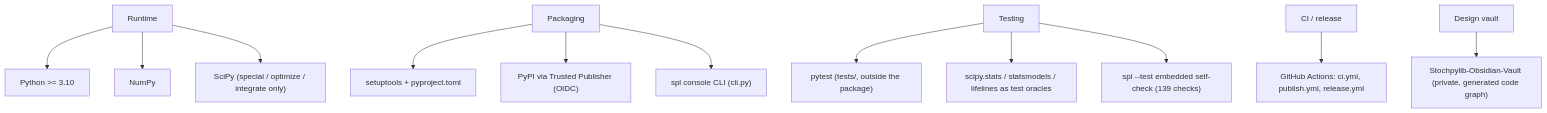
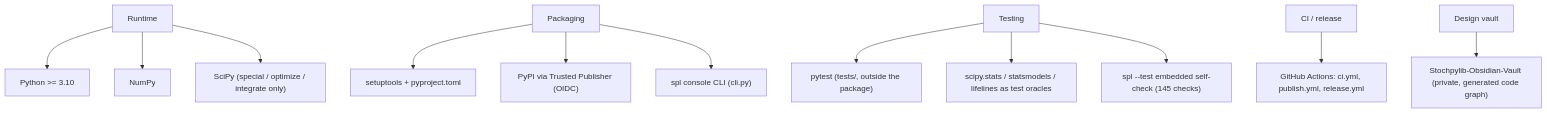
The second of 2 diagrams in README.md (leon1706-lol/Stochpylib), drawn with Mermaid before and after one commit. The commit also changed other lines of this file and 30 other files, not shown here.

````diff
--- a/README.md
+++ b/README.md
@@ -216,14 +220,14 @@
 ```mermaid
 flowchart TB
     A["Runtime"] --> A1["Python >= 3.10"]
     A --> A2["NumPy"]
     A --> A3["SciPy (special / optimize / integrate only)"]
     B["Packaging"] --> B1["setuptools + pyproject.toml"]
     B --> B2["PyPI via Trusted Publisher (OIDC)"]
     B --> B3["spl console CLI (cli.py)"]
     C["Testing"] --> C1["pytest (tests/, outside the package)"]
     C --> C2["scipy.stats / statsmodels / lifelines as test oracles"]
-    C --> C3["spl --test embedded self-check (139 checks)"]
+    C --> C3["spl --test embedded self-check (145 checks)"]
     D["CI / release"] --> D1["GitHub Actions: ci.yml, publish.yml, release.yml"]
     E["Design vault"] --> E1["Stochpylib-Obsidian-Vault (private, generated code graph)"]
 ```
````
